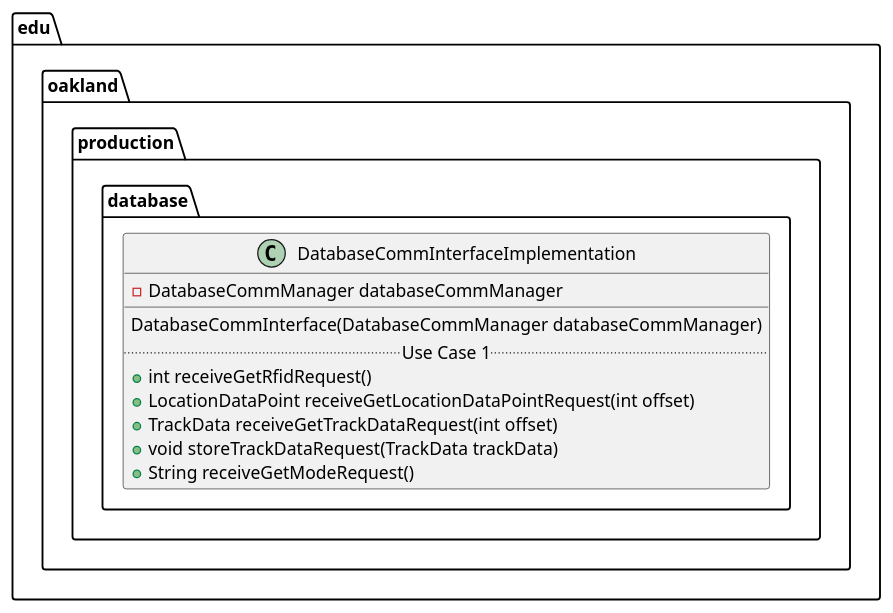
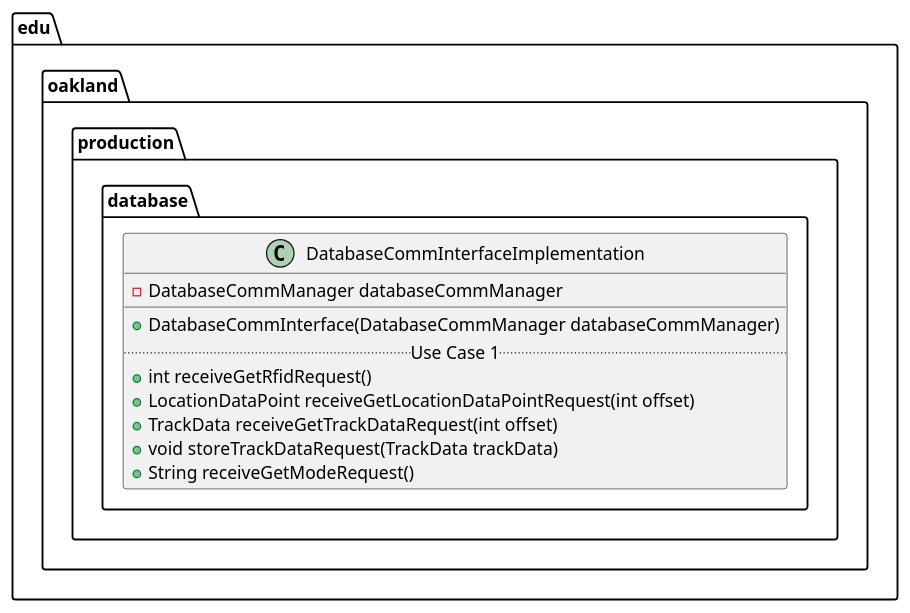
Before and after one commit to elilley15/csi-3370-software-project: the diagram in docs/uml-class-diagrams/database/production/DatabaseCommInterfaceImplementation/DatabaseCommInterfaceImplementation.puml, drawn with PlantUML.

```diff
--- a/docs/uml-class-diagrams/database/production/DatabaseCommInterfaceImplementation/DatabaseCommInterfaceImplementation.puml
+++ b/docs/uml-class-diagrams/database/production/DatabaseCommInterfaceImplementation/DatabaseCommInterfaceImplementation.puml
@@ -1,17 +1,17 @@
 @startuml DatabaseCommInterfaceImplementation
 
 package edu.oakland.production.database {
     class DatabaseCommInterfaceImplementation {
         - DatabaseCommManager databaseCommManager
         __
-        DatabaseCommInterface(DatabaseCommManager databaseCommManager)
+        + DatabaseCommInterface(DatabaseCommManager databaseCommManager)
         .. Use Case 1 ..
         + int receiveGetRfidRequest()
         + LocationDataPoint receiveGetLocationDataPointRequest(int offset)
         + TrackData receiveGetTrackDataRequest(int offset)
         + void storeTrackDataRequest(TrackData trackData)
         + String receiveGetModeRequest()
     }
 }
 
 @enduml
```
